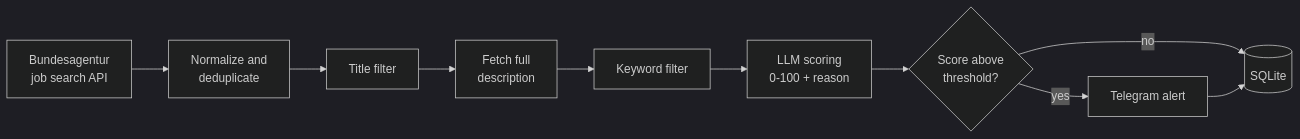
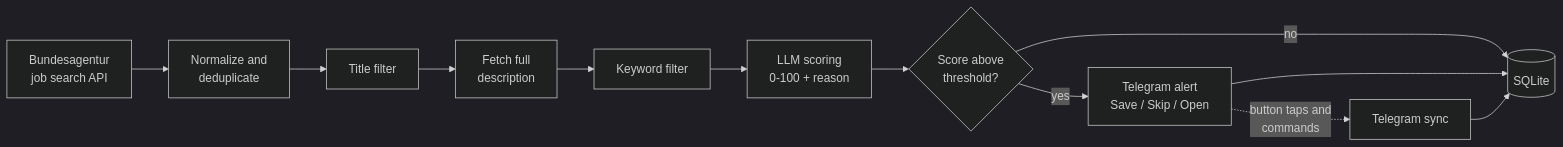
One commit to Wittmann9/job-assistant changed the diagram in README.md. Above: the diagram before and after it, drawn with Mermaid (dark theme). The commit also changed other lines of this file, not shown here.

````diff
--- a/README.md
+++ b/README.md
@@ -15,12 +25,14 @@
 ```mermaid
 flowchart LR
     A[Bundesagentur<br/>job search API] --> B[Normalize and<br/>deduplicate]
     B --> C[Title filter]
     C --> D[Fetch full<br/>description]
     D --> E[Keyword filter]
     E --> F[LLM scoring<br/>0-100 + reason]
     F --> G{Score above<br/>threshold?}
-    G -- yes --> H[Telegram alert]
+    G -- yes --> H[Telegram alert<br/>Save / Skip / Open]
     G -- no --> I[(SQLite)]
     H --> I
+    H -. button taps and<br/>commands .-> J[Telegram sync]
+    J --> I
 ```
````
